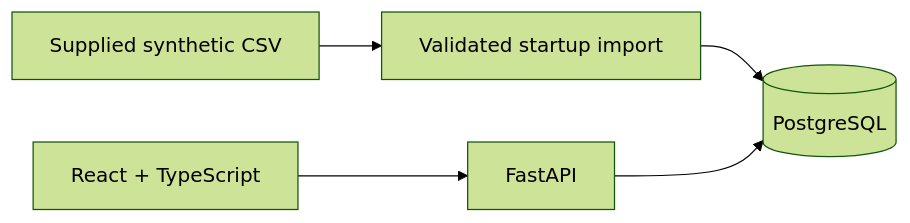
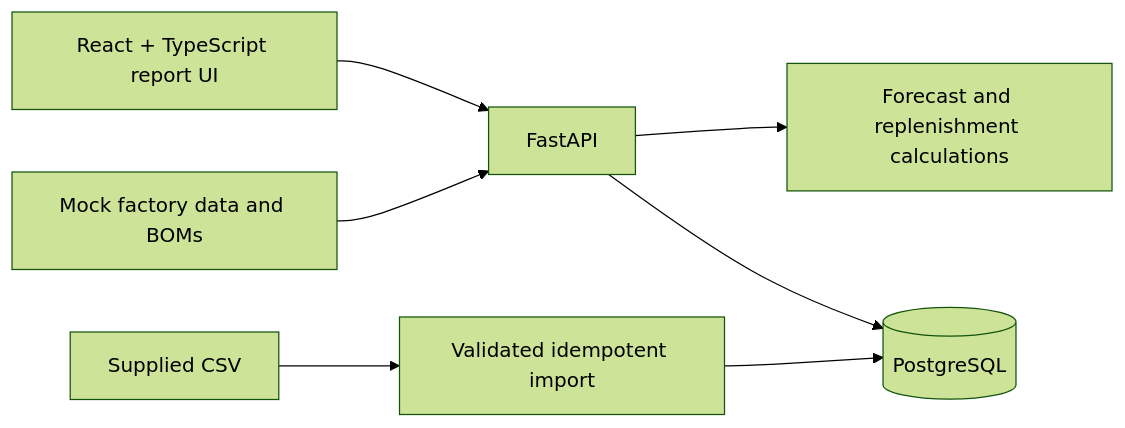
One commit to mudit-prashar/tractor-forecasting changed the diagram in README.md. Above: the diagram before and after it, drawn with Mermaid (forest theme). The commit also changed other lines of this file and 18 other files, not shown here.

````diff
--- a/README.md
+++ b/README.md
@@ -20,7 +84,9 @@
 ```mermaid
 flowchart LR
-    Browser[React + TypeScript] --> API[FastAPI]
-    CSV[Supplied synthetic CSV] --> Import[Validated startup import]
+    Browser[React + TypeScript report UI] --> API[FastAPI]
+    CSV[Supplied CSV] --> Import[Validated idempotent import]
     Import --> DB[(PostgreSQL)]
+    Fixture[Mock factory data and BOMs] --> API
+    API --> Plan[Forecast and replenishment calculations]
     API --> DB
 ```
````
